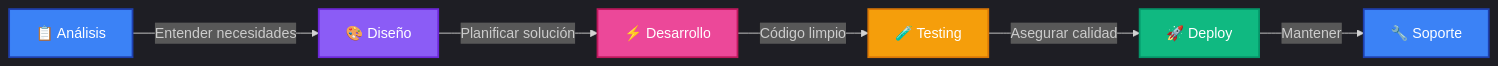
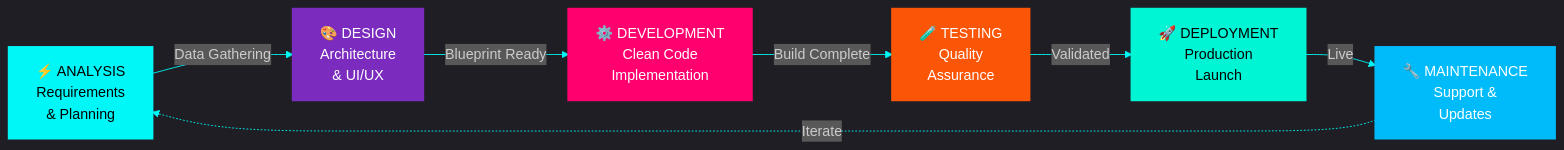
One commit to AlanMeglio/AlanMeglio changed the diagram in README.md. Above: the diagram before and after it, drawn with Mermaid. The commit also changed other lines of this file, not shown here.

````diff
--- a/README.md
+++ b/README.md
@@ -133,16 +211,17 @@
 ```mermaid
-%%{init: {'theme':'dark'}}%%
+%%{init: {'theme':'dark', 'themeVariables': { 'primaryColor':'#00f7f7','primaryTextColor':'#fff','primaryBorderColor':'#00f7f7','lineColor':'#00f7f7','secondaryColor':'#1a1a2e','tertiaryColor':'#16213e','fontSize':'16px'}}}%%
 graph LR
-    A[📋 Análisis] -->|Entender necesidades| B[🎨 Diseño]
-    B -->|Planificar solución| C[⚡ Desarrollo]
-    C -->|Código limpio| D[🧪 Testing]
-    D -->|Asegurar calidad| E[🚀 Deploy]
-    E -->|Mantener| F[🔧 Soporte]
+    A["⚡ ANALYSIS<br/>Requirements<br/>& Planning"] -->|Data Gathering| B["🎨 DESIGN<br/>Architecture<br/>& UI/UX"]
+    B -->|Blueprint Ready| C["⚙️ DEVELOPMENT<br/>Clean Code<br/>Implementation"]
+    C -->|Build Complete| D["🧪 TESTING<br/>Quality<br/>Assurance"]
+    D -->|Validated| E["🚀 DEPLOYMENT<br/>Production<br/>Launch"]
+    E -->|Live| F["🔧 MAINTENANCE<br/>Support &<br/>Updates"]
+    F -.->|Iterate| A
     
-    style A fill:#3B82F6,stroke:#1E40AF,stroke-width:2px,color:#fff
-    style B fill:#8B5CF6,stroke:#6D28D9,stroke-width:2px,color:#fff
-    style C fill:#EC4899,stroke:#BE185D,stroke-width:2px,color:#fff
-    style D fill:#F59E0B,stroke:#D97706,stroke-width:2px,color:#fff
-    style E fill:#10B981,stroke:#059669,stroke-width:2px,color:#fff
-    style F fill:#3B82F6,stroke:#1E40AF,stroke-width:2px,color:#fff
+    style A fill:#00f7f7,stroke:#00f7f7,stroke-width:3px,color:#000
+    style B fill:#7b2cbf,stroke:#7b2cbf,stroke-width:3px,color:#fff
+    style C fill:#ff006e,stroke:#ff006e,stroke-width:3px,color:#fff
+    style D fill:#fb5607,stroke:#fb5607,stroke-width:3px,color:#fff
+    style E fill:#00f5d4,stroke:#00f5d4,stroke-width:3px,color:#000
+    style F fill:#00bbf9,stroke:#00bbf9,stroke-width:3px,color:#fff
 ```
````
